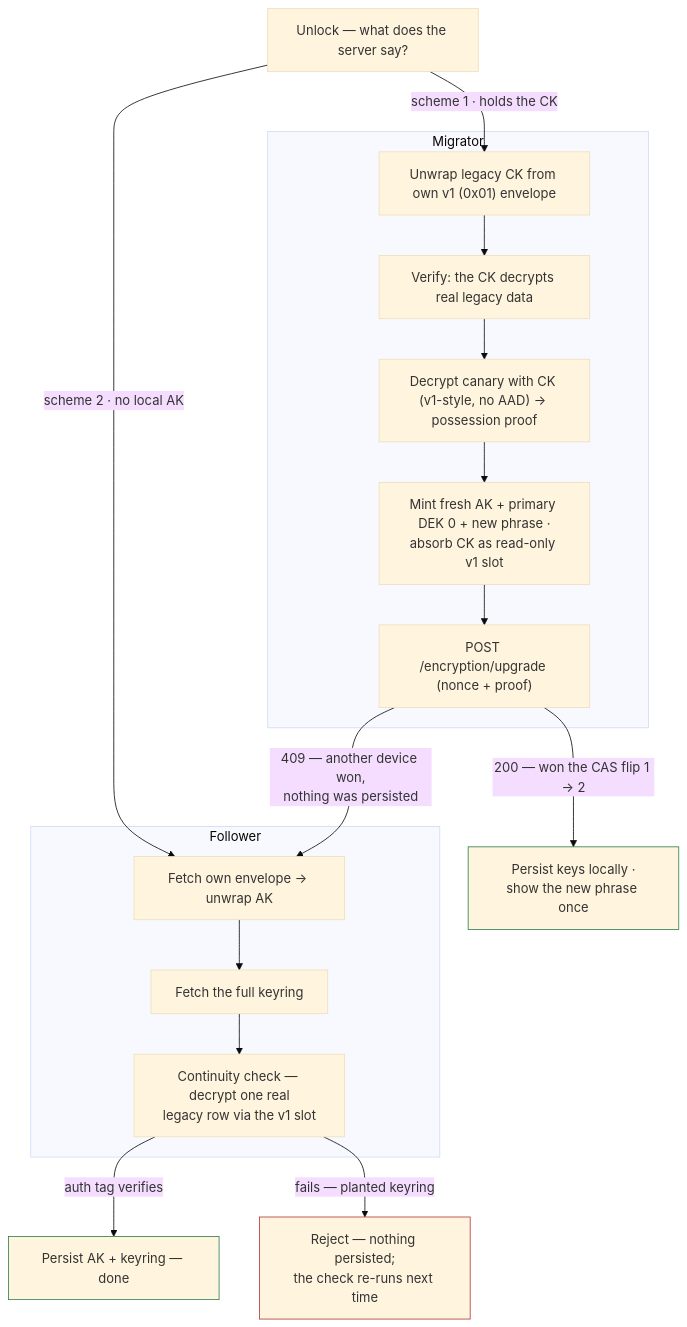
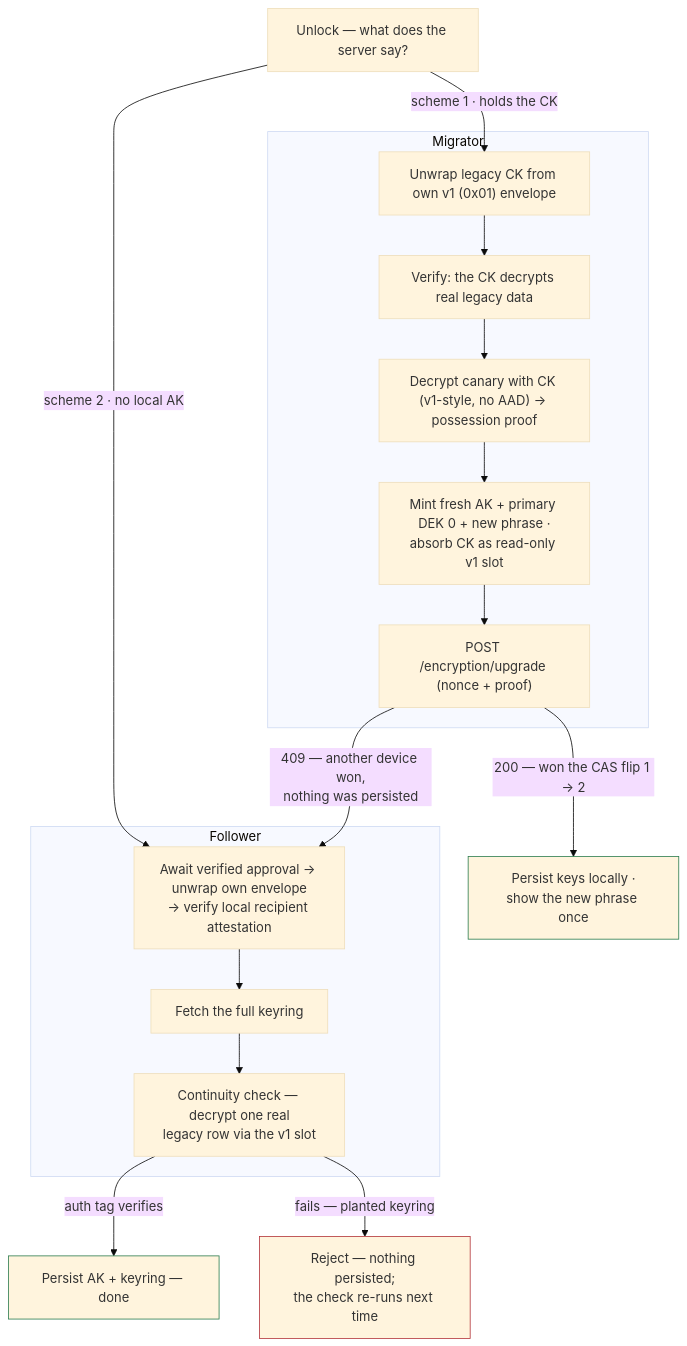
One commit to thunderbird/thunderbolt changed the ninth of 9 diagrams in docs/internals/architecture/e2e-encryption.md. Above: the diagram before and after it, drawn with Mermaid (base theme). The commit also changed other lines of this file and 48 other files, not shown here.

````diff
--- a/docs/internals/architecture/e2e-encryption.md
+++ b/docs/internals/architecture/e2e-encryption.md
@@ -595,27 +602,27 @@
 ```mermaid
 flowchart TD
     A["Unlock — what does the server say?"] -->|"scheme 1 · holds the CK"| M1
     A -->|"scheme 2 · no local AK"| F1
 
     subgraph Migrator
     M1["Unwrap legacy CK from own v1 (0x01) envelope"] --> M1b["Verify: the CK decrypts real legacy data"]
     M1b --> M2["Decrypt canary with CK (v1-style, no AAD) → possession proof"]
     M2 --> M3["Mint fresh AK + primary DEK 0 + new phrase ·<br/>absorb CK as read-only v1 slot"]
     M3 --> M4["POST /encryption/upgrade (nonce + proof)"]
     end
 
     M4 -->|"200 — won the CAS flip 1 → 2"| W["Persist keys locally ·<br/>show the new phrase once"]
     M4 -->|"409 — another device won,<br/>nothing was persisted"| F1
 
     subgraph Follower
-    F1["Fetch own envelope → unwrap AK"] --> F2["Fetch the full keyring"]
+    F1["Await verified approval → unwrap own envelope<br/>→ verify local recipient attestation"] --> F2["Fetch the full keyring"]
     F2 --> F3["Continuity check — decrypt one real<br/>legacy row via the v1 slot"]
     end
 
     F3 -->|"auth tag verifies"| P["Persist AK + keyring — done"]
     F3 -->|"fails — planted keyring"| X["Reject — nothing persisted;<br/>the check re-runs next time"]
 
     style W stroke:#2e7d4f
     style P stroke:#2e7d4f
     style X stroke:#b4373c
 ```
````
